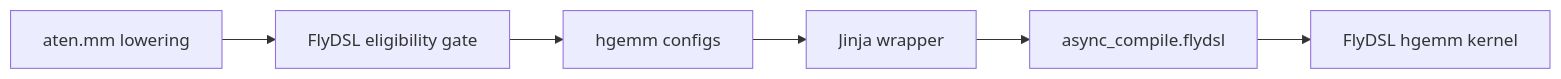
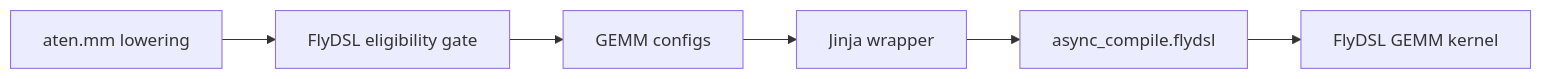
The fourth of 4 diagrams in docs/pytorch_integration_rfc.md (XiaobingSuper/FlyDSL), drawn with Mermaid before and after one commit. The commit also changed other lines of this file and 1 other file, not shown here.

````diff
--- a/docs/pytorch_integration_rfc.md
+++ b/docs/pytorch_integration_rfc.md
@@ -247,8 +252,8 @@
 ```mermaid
 flowchart LR
     A["aten.mm lowering"] --> B["FlyDSL eligibility gate"]
-    B --> C["hgemm configs"]
+    B --> C["GEMM configs"]
     C --> D["Jinja wrapper"]
     D --> E["async_compile.flydsl"]
-    E --> F["FlyDSL hgemm kernel"]
+    E --> F["FlyDSL GEMM kernel"]
 ```
````
